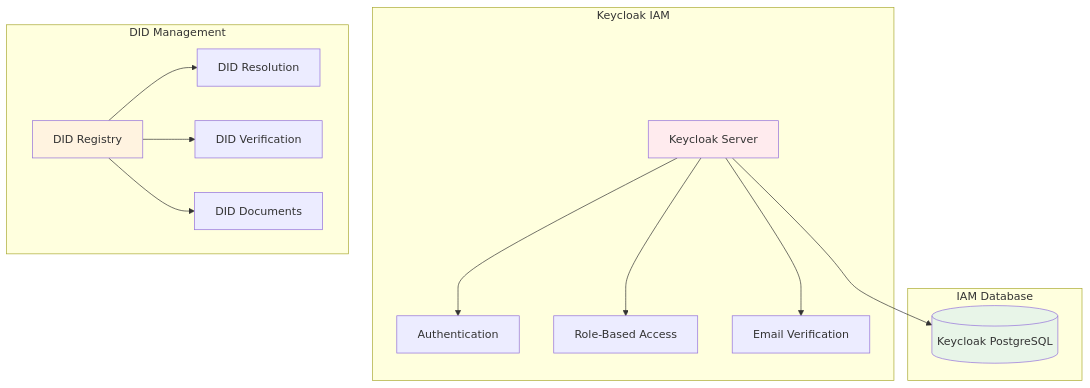
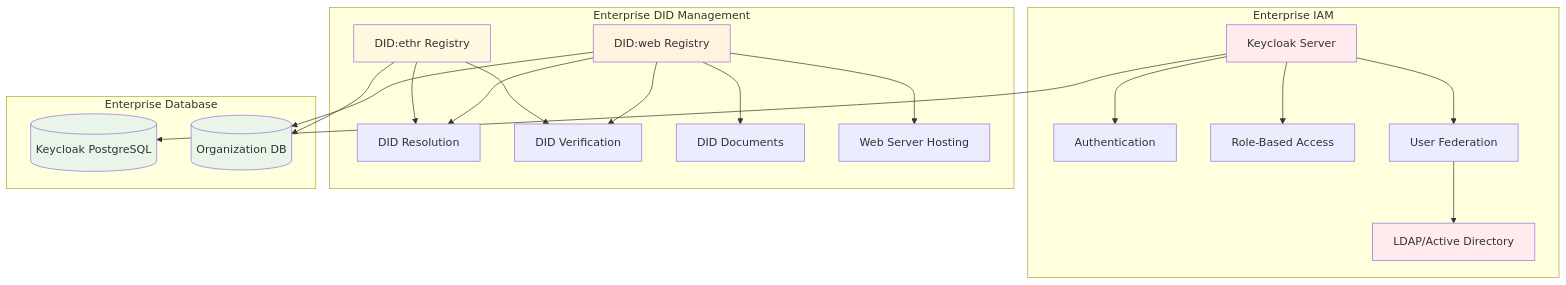
Before and after one commit to gitmujoshi/Confidential-AI-Network: the fourth of 25 diagrams in ARCHITECTURE_GUIDE.md, drawn with Mermaid. The commit also changed other lines of this file and 18 other files, not shown here.

Commit message:
docs: update all architecture and IAM docs for enterprise did:web strategy, add enterprise implementation guide

````diff
--- a/ARCHITECTURE_GUIDE.md
+++ b/ARCHITECTURE_GUIDE.md
@@ -142,33 +173,47 @@
 ```mermaid
 graph TB
-    subgraph "Keycloak IAM"
+    subgraph "Enterprise IAM"
         KC[Keycloak Server]
+        LDAP[LDAP/Active Directory]
         AUTH[Authentication]
         RBAC[Role-Based Access]
-        EMAIL[Email Verification]
+        USER_FED[User Federation]
     end
     
-    subgraph "DID Management"
-        DID[DID Registry]
+    subgraph "Enterprise DID Management"
+        DID_WEB[DID:web Registry]
+        DID_ETHR[DID:ethr Registry]
         DID_RES[DID Resolution]
         DID_VER[DID Verification]
         DID_DOC[DID Documents]
+        WEB_HOST[Web Server Hosting]
     end
     
-    subgraph "IAM Database"
+    subgraph "Enterprise Database"
         IAM_DB[(Keycloak PostgreSQL)]
+        ORG_DB[(Organization DB)]
     end
     
     KC --> AUTH
     KC --> RBAC
-    KC --> EMAIL
+    KC --> USER_FED
     KC --> IAM_DB
+    USER_FED --> LDAP
     
-    DID --> DID_RES
-    DID --> DID_VER
-    DID --> DID_DOC
+    DID_WEB --> DID_RES
+    DID_WEB --> DID_VER
+    DID_WEB --> DID_DOC
+    DID_WEB --> WEB_HOST
+    DID_ETHR --> DID_RES
+    DID_ETHR --> DID_VER
+    
+    DID_WEB --> ORG_DB
+    DID_ETHR --> ORG_DB
     
     style KC fill:#ffebee
-    style DID fill:#fff3e0
+    style LDAP fill:#ffebee
+    style DID_WEB fill:#fff3e0
+    style DID_ETHR fill:#fff8e1
     style IAM_DB fill:#e8f5e8
+    style ORG_DB fill:#e8f5e8
 ```
````
